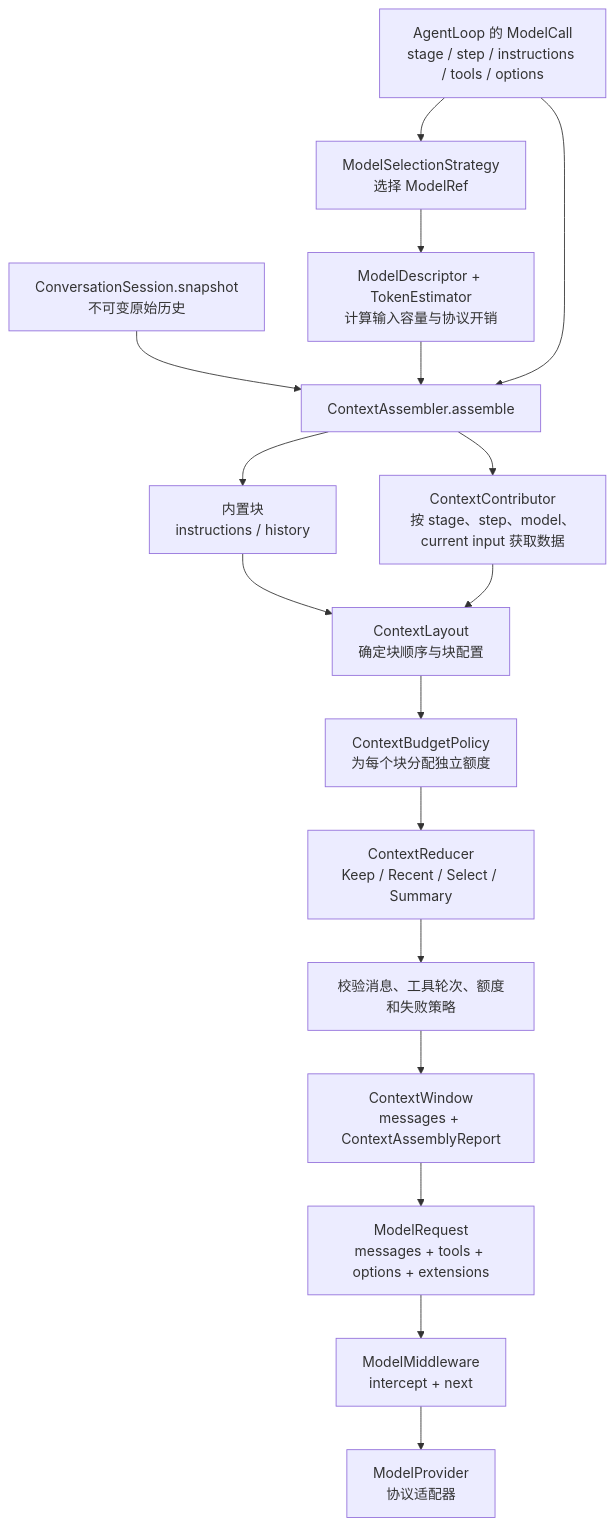
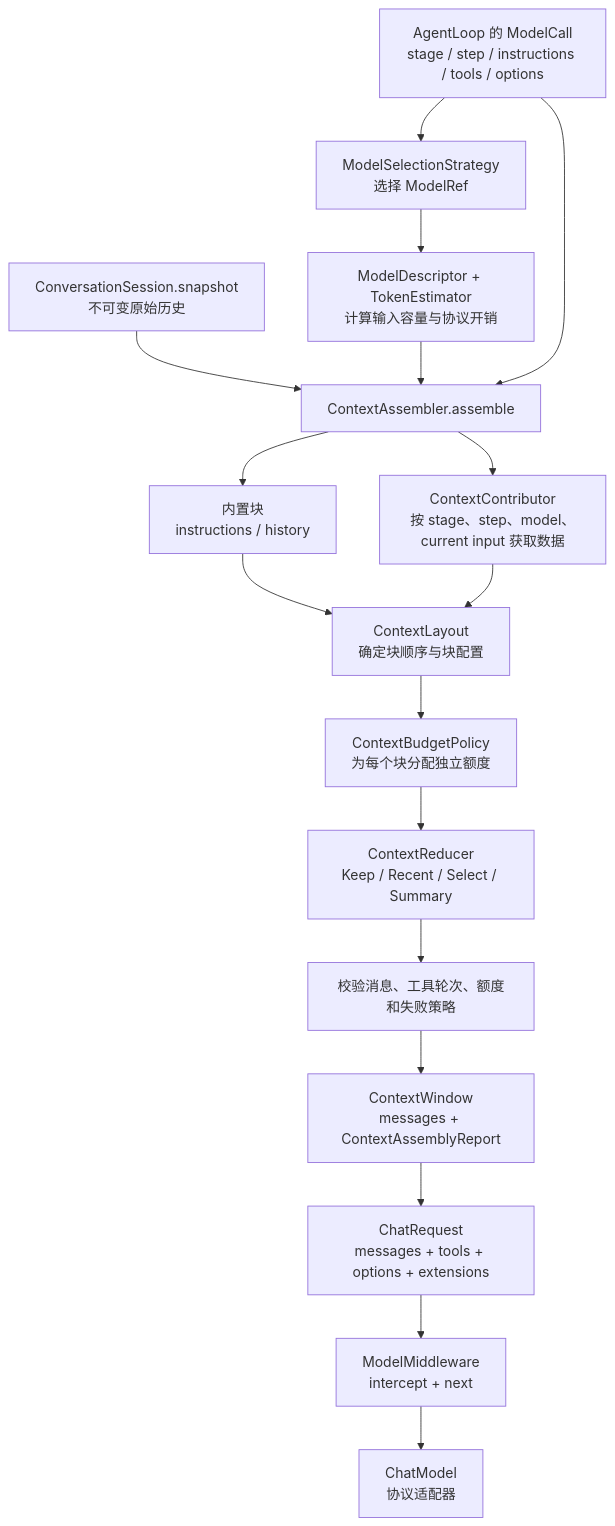
Before and after one commit to Penglai-Link/eliteforge-agent-framework: the third of 5 diagrams in docs/architecture.md, drawn with Mermaid. The commit also changed other lines of this file and 251 other files, not shown here.

````diff
--- a/docs/architecture.md
+++ b/docs/architecture.md
@@ -187,19 +188,19 @@
 ```mermaid
 flowchart TD
     Call[AgentLoop 的 ModelCall\nstage / step / instructions / tools / options] --> Select[ModelSelectionStrategy\n选择 ModelRef]
     History[ConversationSession.snapshot\n不可变原始历史] --> Assemble
     Select --> Capacity[ModelDescriptor + TokenEstimator\n计算输入容量与协议开销]
     Capacity --> Assemble[ContextAssembler.assemble]
     Call --> Assemble
     Assemble --> Builtin[内置块\ninstructions / history]
     Assemble --> Contributors[ContextContributor\n按 stage、step、model、current input 获取数据]
     Builtin --> Layout[ContextLayout\n确定块顺序与块配置]
     Contributors --> Layout
     Layout --> Policy[ContextBudgetPolicy\n为每个块分配独立额度]
     Policy --> Reduce[ContextReducer\nKeep / Recent / Select / Summary]
     Reduce --> Validate[校验消息、工具轮次、额度和失败策略]
     Validate --> Window[ContextWindow\nmessages + ContextAssemblyReport]
-    Window --> Request[ModelRequest\nmessages + tools + options + extensions]
+    Window --> Request[ChatRequest\nmessages + tools + options + extensions]
     Request --> Middleware[ModelMiddleware\nintercept + next]
-    Middleware --> Provider[ModelProvider\n协议适配器]
+    Middleware --> Provider[ChatModel\n协议适配器]
 ```
````
